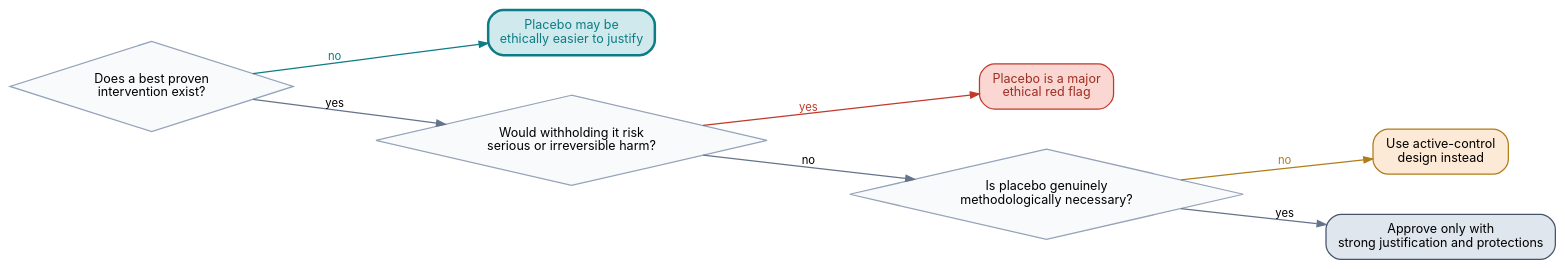
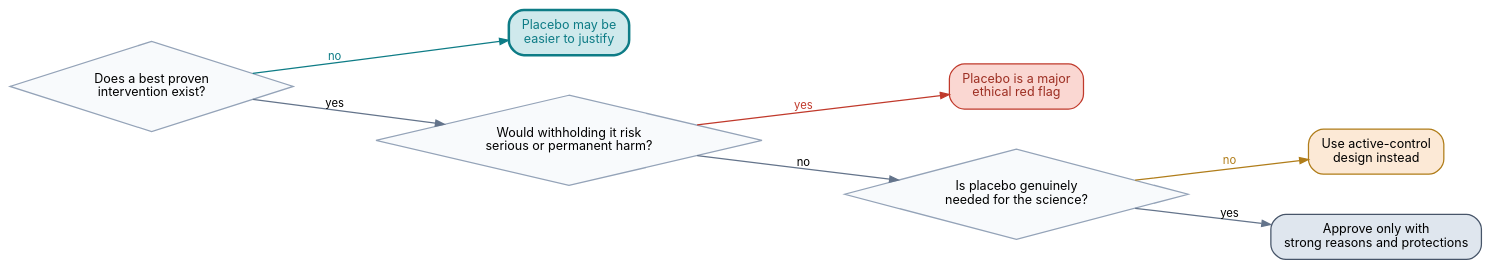
Before and after one commit to brendanpshea/bioethics: the second of 2 diagrams in chapters/03b-protecting-research-subjects.qmd, drawn with Graphviz. The commit also changed other lines of this file and 68 other files, not shown here.

````diff
--- a/chapters/03b-protecting-research-subjects.qmd
+++ b/chapters/03b-protecting-research-subjects.qmd
@@ -272,34 +272,34 @@
 ```{dot}
 //| fig-width: 10.6
 //| fig-height: 3.5
-//| fig-cap: "A simplified placebo decision tree. Each diamond is, in effect, a question about whether genuine equipoise exists. Real IRB review is more detailed."
+//| fig-cap: "A simple placebo decision tree. Each diamond is really a question about whether genuine equipoise exists. Real IRB review is more detailed."
 digraph placebo {
   rankdir=LR;
   bgcolor="transparent";
   graph [nodesep=0.45, ranksep=0.7];
   node [fontname="Inter", fontsize=10, margin="0.14,0.10"];
   edge [color="#64748b", fontname="Inter", fontsize=9, arrowsize=0.7];
 
   A [label="Does a best proven\nintervention exist?", shape=diamond, style=filled,
      fillcolor="#f8fafc", color="#94a3b8"];
-  B [label="Placebo may be\nethically easier to justify", shape=box, style="rounded,filled",
+  B [label="Placebo may be\neasier to justify", shape=box, style="rounded,filled",
      fillcolor="#cfe9ec", color="#0e7c86", fontcolor="#0e7c86", penwidth=2];
-  C [label="Would withholding it risk\nserious or irreversible harm?", shape=diamond, style=filled,
+  C [label="Would withholding it risk\nserious or permanent harm?", shape=diamond, style=filled,
      fillcolor="#f8fafc", color="#94a3b8"];
   D [label="Placebo is a major\nethical red flag", shape=box, style="rounded,filled",
      fillcolor="#fad7d2", color="#c0392b", fontcolor="#9d2f23"];
-  E [label="Is placebo genuinely\nmethodologically necessary?", shape=diamond, style=filled,
+  E [label="Is placebo genuinely\nneeded for the science?", shape=diamond, style=filled,
      fillcolor="#f8fafc", color="#94a3b8"];
   F [label="Use active-control\ndesign instead", shape=box, style="rounded,filled",
      fillcolor="#fce9d6", color="#b07d1a"];
-  G [label="Approve only with\nstrong justification and protections", shape=box, style="rounded,filled",
+  G [label="Approve only with\nstrong reasons and protections", shape=box, style="rounded,filled",
      fillcolor="#dfe6ee", color="#475569"];
 
   A -> B [label="no", color="#0e7c86", fontcolor="#0e7c86"];
   A -> C [label="yes"];
   C -> D [label="yes", color="#c0392b", fontcolor="#c0392b"];
   C -> E [label="no"];
   E -> F [label="no", color="#b07d1a", fontcolor="#b07d1a"];
   E -> G [label="yes"];
 }
 ```
````
